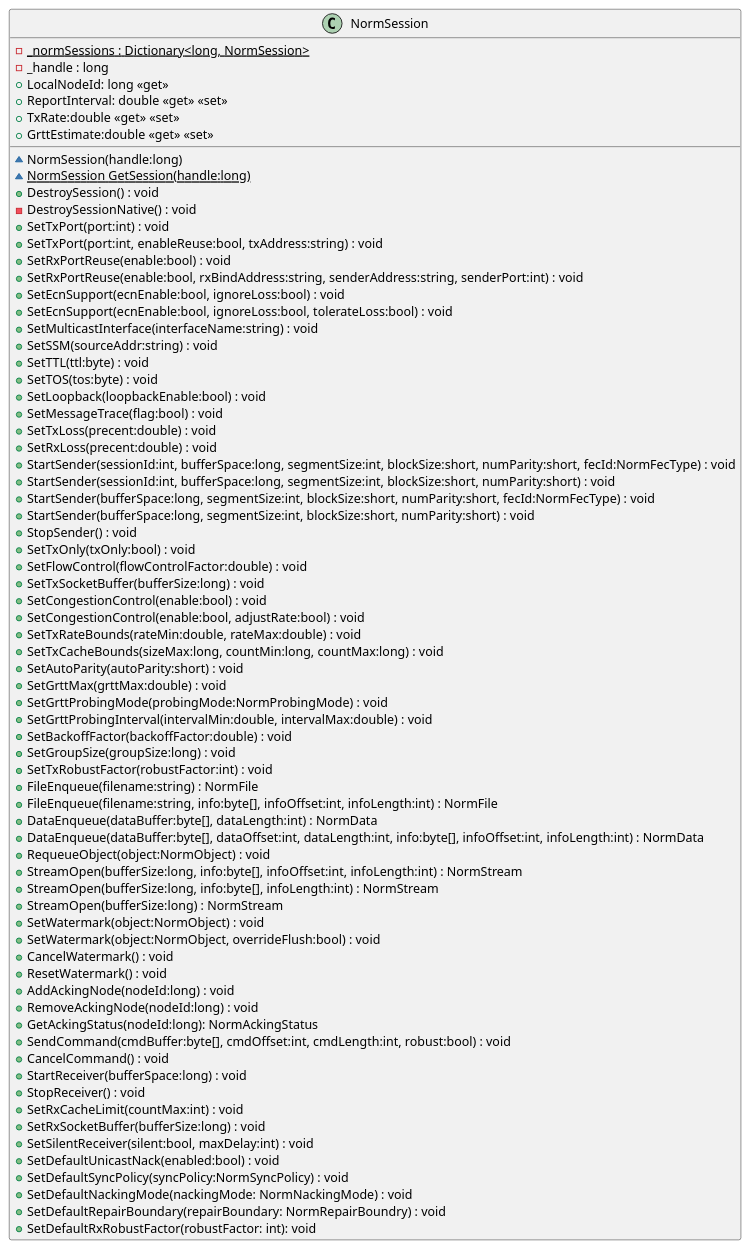
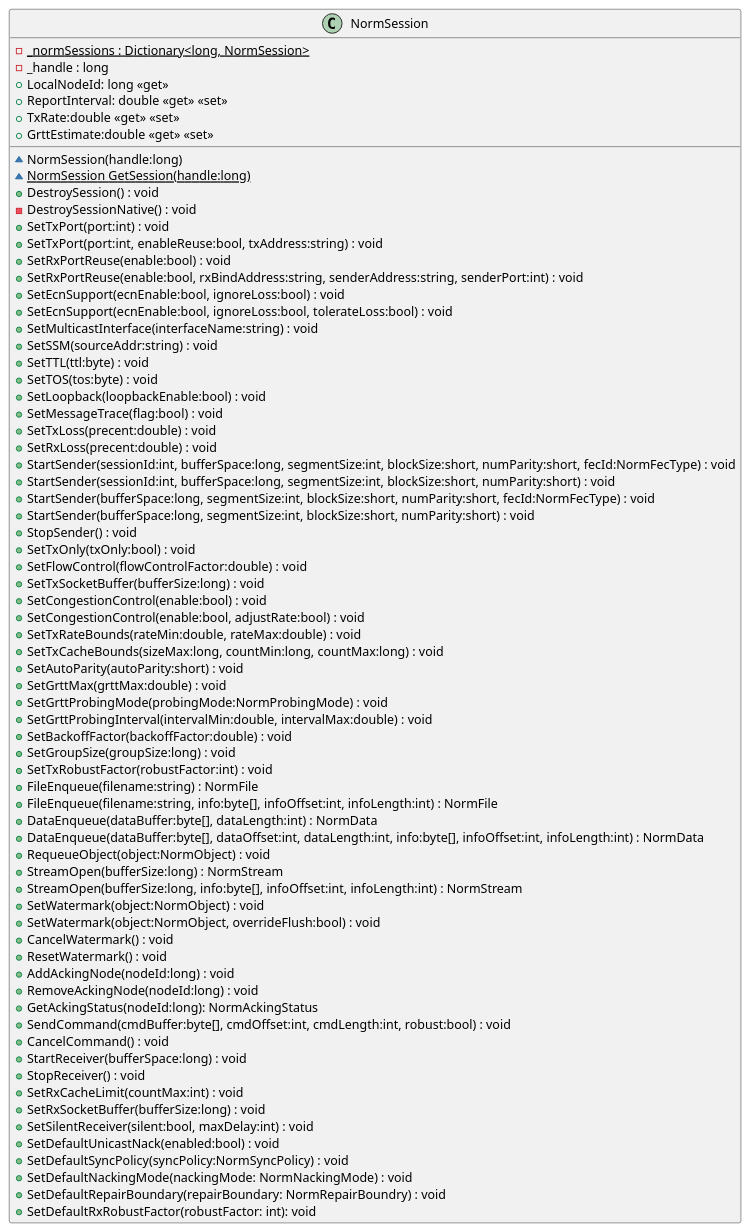
One commit to mullerj/norm changed the diagram in src/dotnet/design/Mil/Navy/Nrl/Norm/NormSession.puml. Above: the diagram before and after it, drawn with PlantUML. The commit also changed 1 other file, not shown here.

Commit message:
Removed extra overload from StreamOpen

```diff
--- a/src/dotnet/design/Mil/Navy/Nrl/Norm/NormSession.puml
+++ b/src/dotnet/design/Mil/Navy/Nrl/Norm/NormSession.puml
@@ -1,74 +1,73 @@
 @startuml
 class NormSession {
     {static} -_normSessions : Dictionary<long, NormSession>
     - _handle : long
     ~ NormSession(handle:long)
     {static} ~ NormSession GetSession(handle:long)
     + DestroySession() : void
     - DestroySessionNative() : void
     + LocalNodeId: long <<get>>
     + SetTxPort(port:int) : void
     + SetTxPort(port:int, enableReuse:bool, txAddress:string) : void
     + SetRxPortReuse(enable:bool) : void
     + SetRxPortReuse(enable:bool, rxBindAddress:string, senderAddress:string, senderPort:int) : void
     + SetEcnSupport(ecnEnable:bool, ignoreLoss:bool) : void
     + SetEcnSupport(ecnEnable:bool, ignoreLoss:bool, tolerateLoss:bool) : void
     + SetMulticastInterface(interfaceName:string) : void
     + SetSSM(sourceAddr:string) : void
     + SetTTL(ttl:byte) : void
     + SetTOS(tos:byte) : void
     + SetLoopback(loopbackEnable:bool) : void
     + SetMessageTrace(flag:bool) : void
     + SetTxLoss(precent:double) : void
     + SetRxLoss(precent:double) : void
     + ReportInterval: double <<get>> <<set>>
     + StartSender(sessionId:int, bufferSpace:long, segmentSize:int, blockSize:short, numParity:short, fecId:NormFecType) : void
     + StartSender(sessionId:int, bufferSpace:long, segmentSize:int, blockSize:short, numParity:short) : void
     + StartSender(bufferSpace:long, segmentSize:int, blockSize:short, numParity:short, fecId:NormFecType) : void
     + StartSender(bufferSpace:long, segmentSize:int, blockSize:short, numParity:short) : void
     + StopSender() : void
     + SetTxOnly(txOnly:bool) : void
     + TxRate:double <<get>> <<set>>
     + SetFlowControl(flowControlFactor:double) : void
     + SetTxSocketBuffer(bufferSize:long) : void
     + SetCongestionControl(enable:bool) : void
     + SetCongestionControl(enable:bool, adjustRate:bool) : void
     + SetTxRateBounds(rateMin:double, rateMax:double) : void
     + SetTxCacheBounds(sizeMax:long, countMin:long, countMax:long) : void
     + SetAutoParity(autoParity:short) : void
     + GrttEstimate:double <<get>> <<set>>
     + SetGrttMax(grttMax:double) : void
     + SetGrttProbingMode(probingMode:NormProbingMode) : void
     + SetGrttProbingInterval(intervalMin:double, intervalMax:double) : void
     + SetBackoffFactor(backoffFactor:double) : void
     + SetGroupSize(groupSize:long) : void
     + SetTxRobustFactor(robustFactor:int) : void
     + FileEnqueue(filename:string) : NormFile
     + FileEnqueue(filename:string, info:byte[], infoOffset:int, infoLength:int) : NormFile
     + DataEnqueue(dataBuffer:byte[], dataLength:int) : NormData
     + DataEnqueue(dataBuffer:byte[], dataOffset:int, dataLength:int, info:byte[], infoOffset:int, infoLength:int) : NormData
     + RequeueObject(object:NormObject) : void
+    + StreamOpen(bufferSize:long) : NormStream
     + StreamOpen(bufferSize:long, info:byte[], infoOffset:int, infoLength:int) : NormStream
-    + StreamOpen(bufferSize:long, info:byte[], infoLength:int) : NormStream
-    + StreamOpen(bufferSize:long) : NormStream
     + SetWatermark(object:NormObject) : void
     + SetWatermark(object:NormObject, overrideFlush:bool) : void
     + CancelWatermark() : void
     + ResetWatermark() : void
     + AddAckingNode(nodeId:long) : void
     + RemoveAckingNode(nodeId:long) : void
     + GetAckingStatus(nodeId:long): NormAckingStatus
     + SendCommand(cmdBuffer:byte[], cmdOffset:int, cmdLength:int, robust:bool) : void
     + CancelCommand() : void
     + StartReceiver(bufferSpace:long) : void
     + StopReceiver() : void
     + SetRxCacheLimit(countMax:int) : void
     + SetRxSocketBuffer(bufferSize:long) : void
     + SetSilentReceiver(silent:bool, maxDelay:int) : void
     + SetDefaultUnicastNack(enabled:bool) : void
     + SetDefaultSyncPolicy(syncPolicy:NormSyncPolicy) : void
     + SetDefaultNackingMode(nackingMode: NormNackingMode) : void
     + SetDefaultRepairBoundary(repairBoundary: NormRepairBoundry) : void
     + SetDefaultRxRobustFactor(robustFactor: int): void
 }
 @enduml
```
